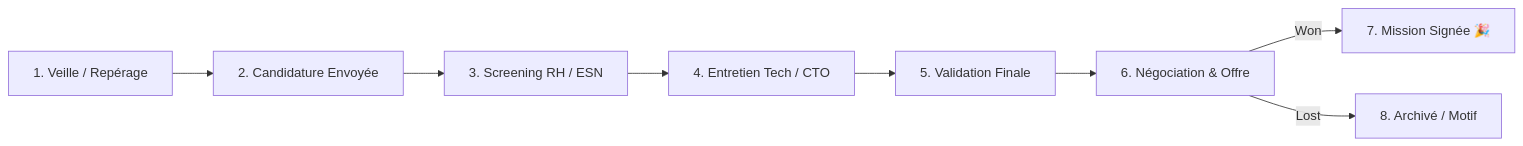
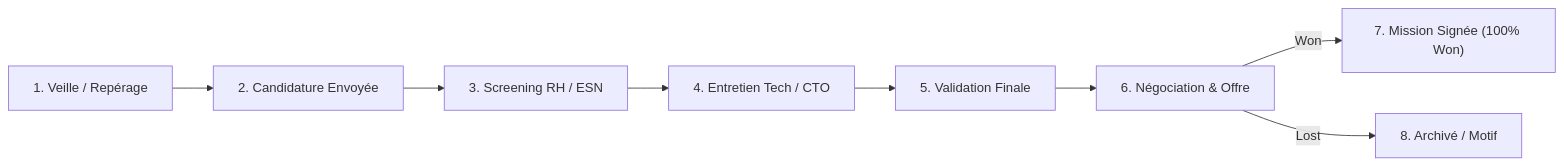
One commit to tawounfouet/pycrmkit changed the second of 2 diagrams in docs/analysis/freelance-mission-hunt-and-kpis.md. Above: the diagram before and after it, drawn with Mermaid. The commit also changed other lines of this file and 33 other files, not shown here.

Commit message:
fix(docs): standardize relative markdown links, fix mermaid syntax and add ascii schemas

````diff
--- a/docs/analysis/freelance-mission-hunt-and-kpis.md
+++ b/docs/analysis/freelance-mission-hunt-and-kpis.md
@@ -105,10 +105,10 @@
 ```mermaid
 flowchart LR
-    S1[1. Veille / Repérage] --> S2[2. Candidature Envoyée]
-    S2 --> S3[3. Screening RH / ESN]
-    S3 --> S4[4. Entretien Tech / CTO]
-    S4 --> S5[5. Validation Finale]
-    S5 --> S6[6. Négociation & Offre]
-    S6 -->|Won| S7[7. Mission Signée 🎉]
-    S6 -->|Lost| S8[8. Archivé / Motif]
+    S1["1. Veille / Repérage"] --> S2["2. Candidature Envoyée"]
+    S2 --> S3["3. Screening RH / ESN"]
+    S3 --> S4["4. Entretien Tech / CTO"]
+    S4 --> S5["5. Validation Finale"]
+    S5 --> S6["6. Négociation & Offre"]
+    S6 -->|"Won"| S7["7. Mission Signée (100% Won)"]
+    S6 -->|"Lost"| S8["8. Archivé / Motif"]
 ```
````
